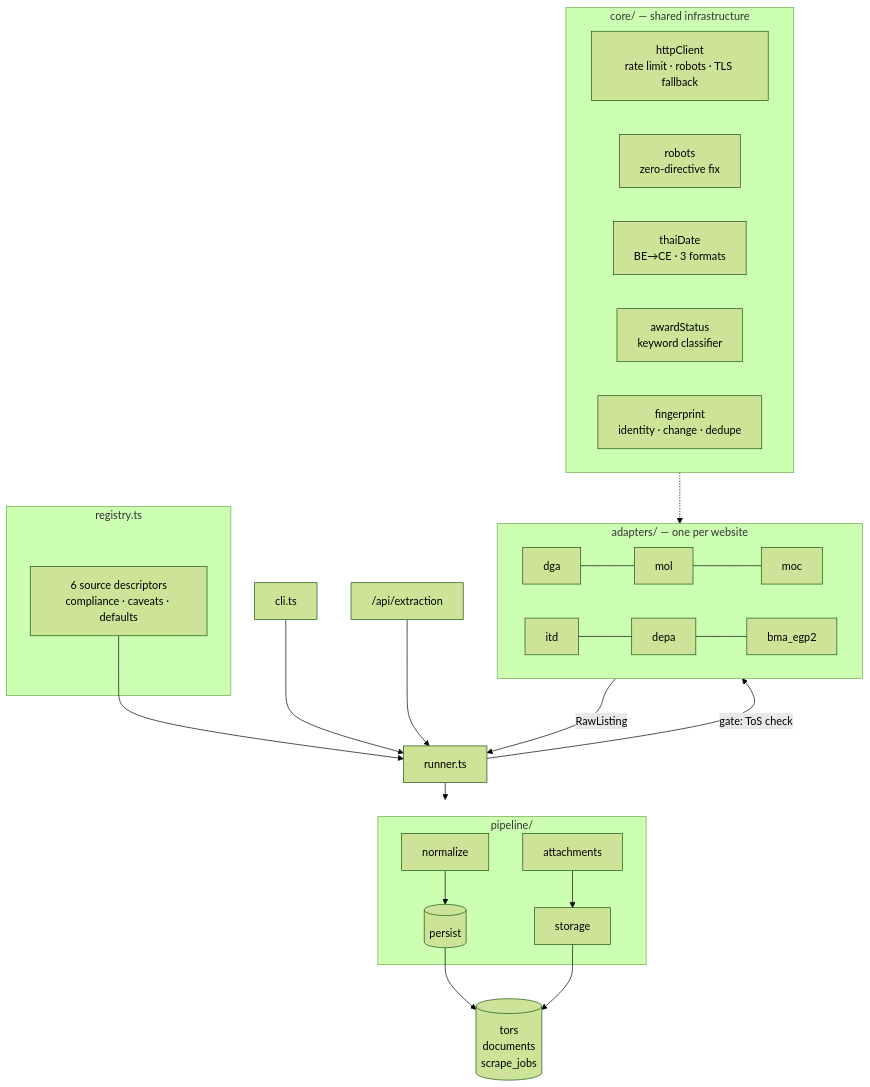
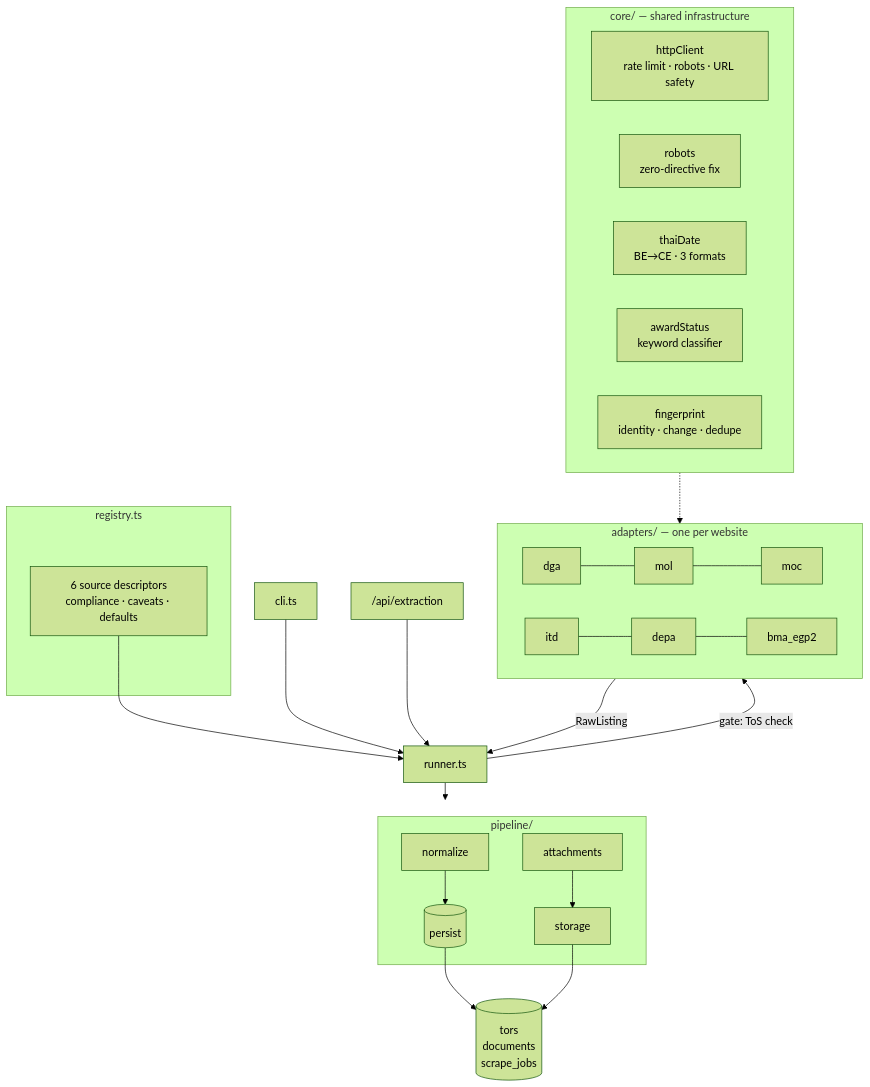
One commit to KUINFOT/City_Of_Software changed the second of 2 diagrams in docs/extraction-pipeline.md. Above: the diagram before and after it, drawn with Mermaid (forest theme). The commit also changed other lines of this file and 16 other files, not shown here.

````diff
--- a/docs/extraction-pipeline.md
+++ b/docs/extraction-pipeline.md
@@ -71,35 +71,35 @@
 ```mermaid
 flowchart TB
     subgraph REG["registry.ts"]
         R["6 source descriptors<br/>compliance · caveats · defaults"]
     end
 
     subgraph ADP["adapters/ — one per website"]
         A1[dga] --- A2[mol] --- A3[moc]
         A4[itd] --- A5[depa] --- A6[bma_egp2]
     end
 
     subgraph CORE["core/ — shared infrastructure"]
-        H["httpClient<br/>rate limit · robots · TLS fallback"]
+        H["httpClient<br/>rate limit · robots · URL safety"]
         RB["robots<br/>zero-directive fix"]
         TD["thaiDate<br/>BE→CE · 3 formats"]
         AS["awardStatus<br/>keyword classifier"]
         FP["fingerprint<br/>identity · change · dedupe"]
     end
 
     subgraph PIPE["pipeline/"]
         N[normalize] --> P[(persist)]
         AT[attachments] --> ST[storage]
     end
 
     R --> RUN[runner.ts]
     RUN -->|"gate: ToS check"| ADP
     ADP -->|RawListing| RUN
     CORE -.-> ADP
     RUN --> PIPE
     P --> M[("tors<br/>documents<br/>scrape_jobs")]
     ST --> M
 
     CLI[cli.ts] --> RUN
     API["/api/extraction"] --> RUN
 ```
````
